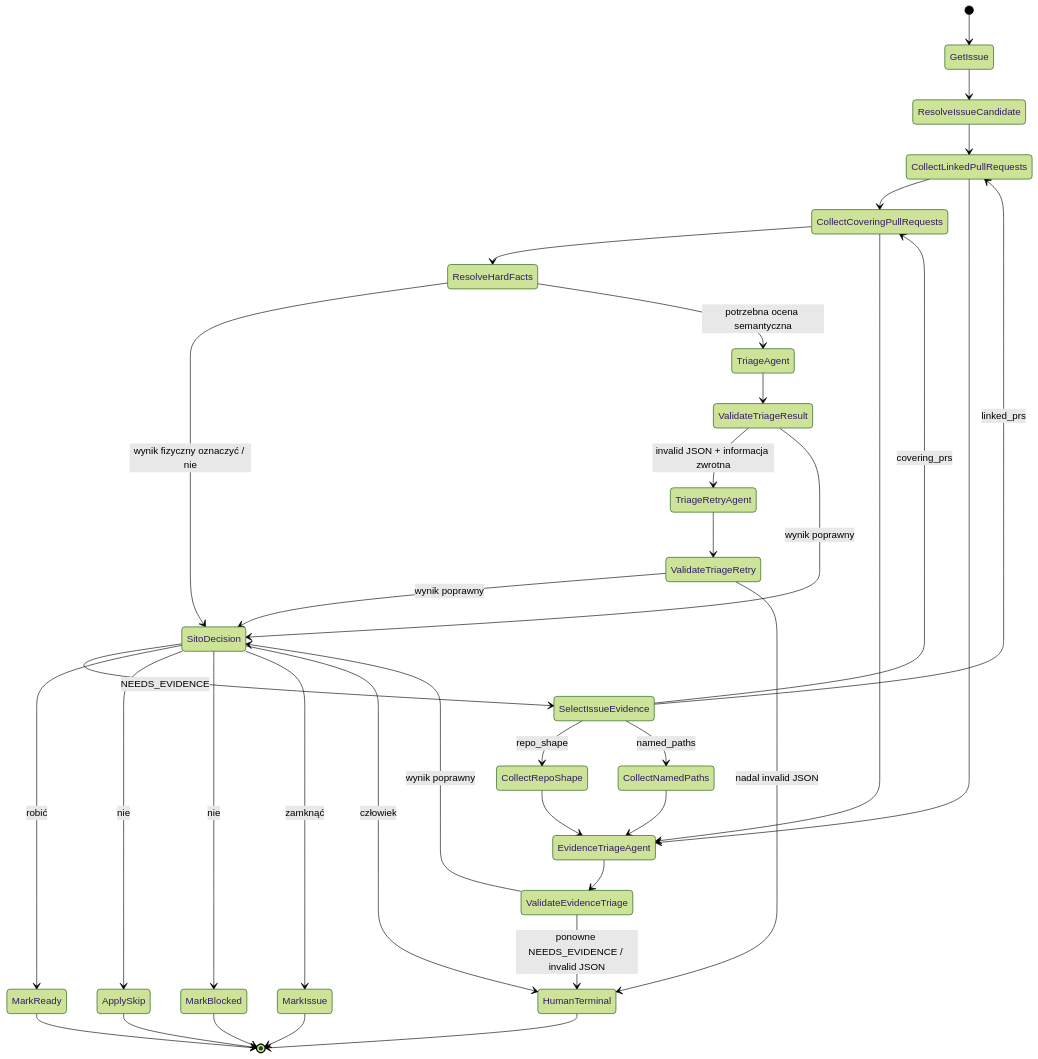
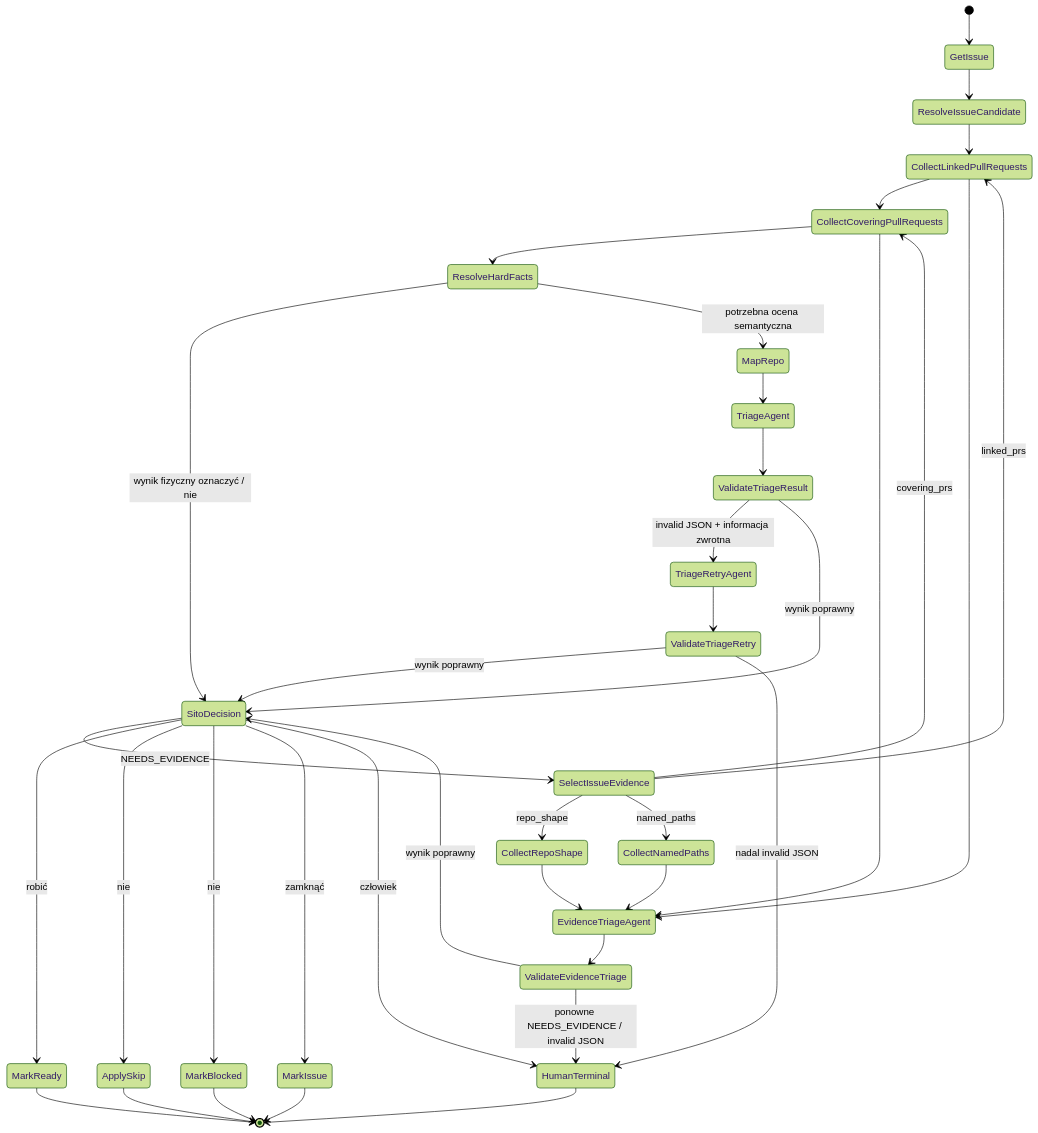
Diagram 34 of 44 in README.md (mikolaj92/lokay), drawn with Mermaid (forest theme) before and after one commit. The commit also changed other lines of this file and 24 other files, not shown here.

First line of the commit message:
feat: map checkout with ripwire before triage and coding

````diff
--- a/README.md
+++ b/README.md
@@ -1031,38 +1031,39 @@
 ```mermaid
 stateDiagram-v2
     [*] --> GetIssue
     GetIssue --> ResolveIssueCandidate
     ResolveIssueCandidate --> CollectLinkedPullRequests
     CollectLinkedPullRequests --> CollectCoveringPullRequests
     CollectCoveringPullRequests --> ResolveHardFacts
     ResolveHardFacts --> SitoDecision: wynik fizyczny oznaczyć / nie
-    ResolveHardFacts --> TriageAgent: potrzebna ocena semantyczna
+    ResolveHardFacts --> MapRepo: potrzebna ocena semantyczna
+    MapRepo --> TriageAgent
     TriageAgent --> ValidateTriageResult
     ValidateTriageResult --> TriageRetryAgent: invalid JSON + informacja zwrotna
     TriageRetryAgent --> ValidateTriageRetry
     ValidateTriageRetry --> SitoDecision: wynik poprawny
     ValidateTriageRetry --> HumanTerminal: nadal invalid JSON
     ValidateTriageResult --> SitoDecision: wynik poprawny
     SitoDecision --> SelectIssueEvidence: NEEDS_EVIDENCE
     SelectIssueEvidence --> CollectRepoShape: repo_shape
     SelectIssueEvidence --> CollectNamedPaths: named_paths
     SelectIssueEvidence --> CollectLinkedPullRequests: linked_prs
     SelectIssueEvidence --> CollectCoveringPullRequests: covering_prs
     CollectRepoShape --> EvidenceTriageAgent
     CollectNamedPaths --> EvidenceTriageAgent
     CollectLinkedPullRequests --> EvidenceTriageAgent
     CollectCoveringPullRequests --> EvidenceTriageAgent
     EvidenceTriageAgent --> ValidateEvidenceTriage
     ValidateEvidenceTriage --> SitoDecision: wynik poprawny
     ValidateEvidenceTriage --> HumanTerminal: ponowne NEEDS_EVIDENCE / invalid JSON
     SitoDecision --> MarkReady: robić
     SitoDecision --> ApplySkip: nie
     SitoDecision --> MarkBlocked: nie
     SitoDecision --> MarkIssue: zamknąć
     SitoDecision --> HumanTerminal: człowiek
     MarkReady --> [*]
     ApplySkip --> [*]
     MarkBlocked --> [*]
     MarkIssue --> [*]
     HumanTerminal --> [*]
 ```
````
